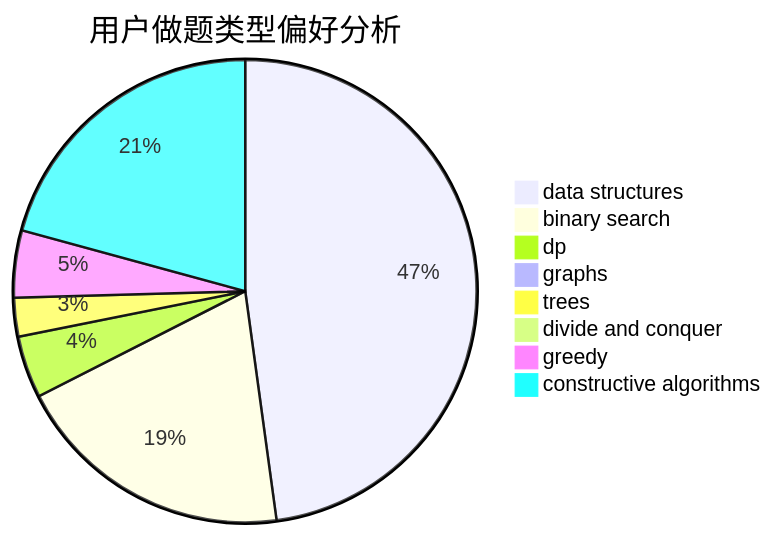
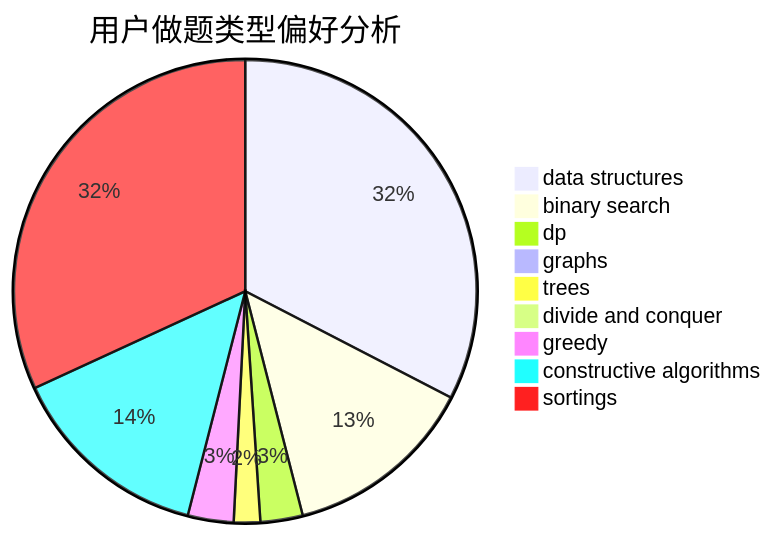
Before and after one commit to sherpahu/cfrs.github.io: the second of 3 diagrams in docs/user/u91.md, drawn with Mermaid. The commit also changed other lines of this file and 2769 other files, not shown here.

````diff
--- a/docs/user/u91.md
+++ b/docs/user/u91.md
@@ -23,11 +18,12 @@
 ```mermaid
 pie title 用户做题类型偏好分析
     "data structures" :  265
     "binary search" :  109
     "dp" :  24
     "graphs" :  5
     "trees" :  15
     "divide and conquer" :  0
     "greedy" :  26
     "constructive algorithms" :  115
+    "sortings" :  259
 ```
````
